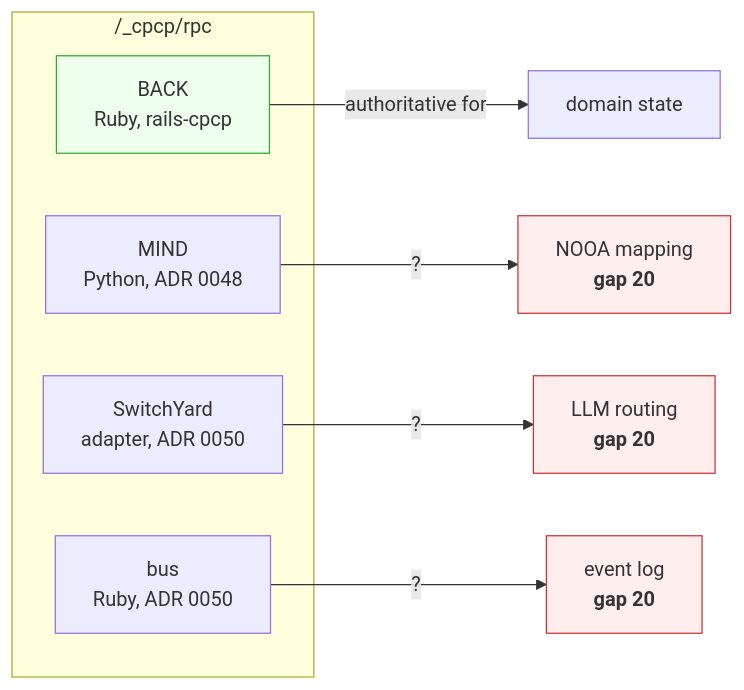
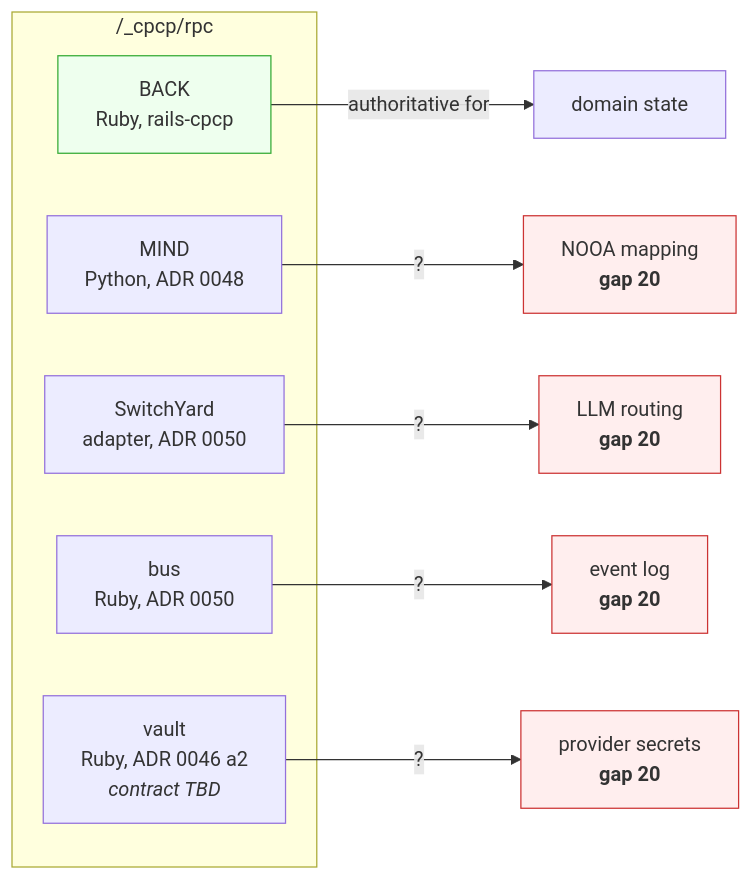
Before and after one commit to laquereric/magentic-stack: the fourth of 6 diagrams in docs/architecture/ContainerTopology.md, drawn with Mermaid. The commit also changed other lines of this file and 2 other files, not shown here.

````diff
--- a/docs/architecture/ContainerTopology.md
+++ b/docs/architecture/ContainerTopology.md
@@ -132,18 +133,21 @@
 ```mermaid
 graph LR
   subgraph seams["/_cpcp/rpc"]
     S1["BACK<br/>Ruby, rails-cpcp"]
     S2["MIND<br/>Python, ADR 0048"]
     S3["SwitchYard<br/>adapter, ADR 0050"]
     S4["bus<br/>Ruby, ADR 0050"]
+    S5["vault<br/>Ruby, ADR 0046 a2<br/><i>contract TBD</i>"]
   end
   S1 -->|"authoritative for"| A1["domain state"]
   S2 -->|"?"| A2["NOOA mapping<br/><b>gap 20</b>"]
   S3 -->|"?"| A3["LLM routing<br/><b>gap 20</b>"]
   S4 -->|"?"| A4["event log<br/><b>gap 20</b>"]
+  S5 -->|"?"| A5["provider secrets<br/><b>gap 20</b>"]
 
   style S1 fill:#efe,stroke:#3a3
+  style A5 fill:#fee,stroke:#c33
   style A2 fill:#fee,stroke:#c33
   style A3 fill:#fee,stroke:#c33
   style A4 fill:#fee,stroke:#c33
 ```
````
